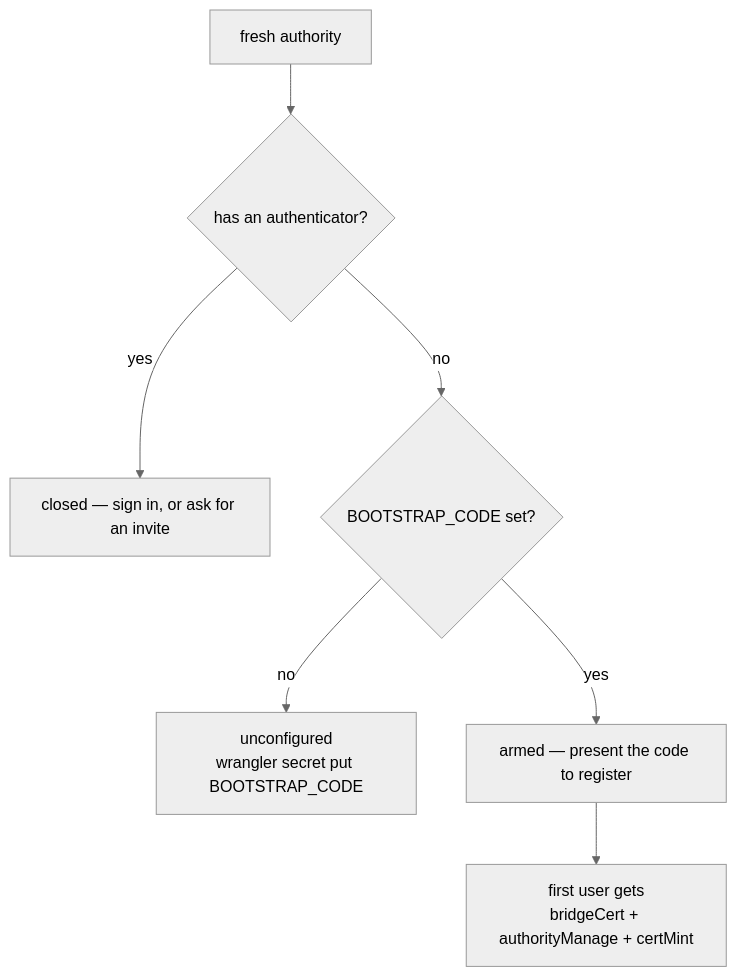
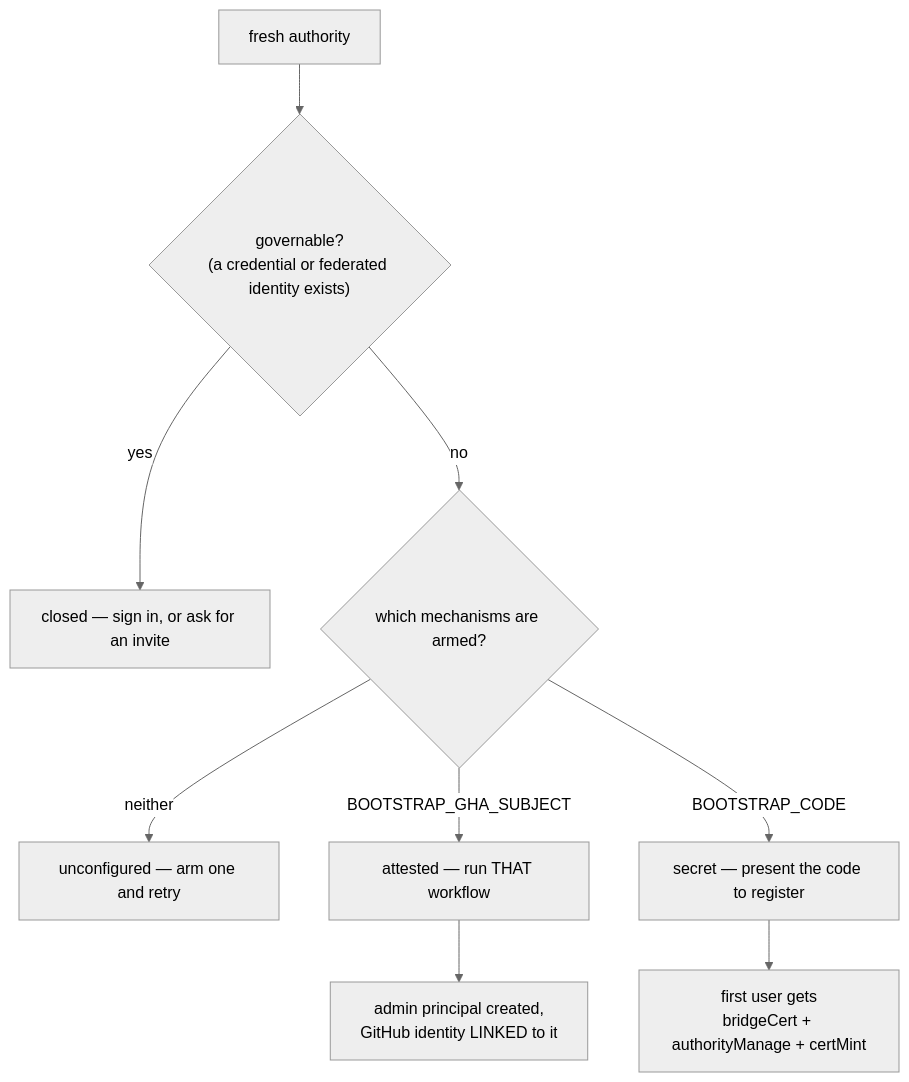
The fourth of 6 diagrams in docs/FLOWS.md (agentic-research/notme), drawn with Mermaid (neutral theme) before and after one commit. The commit also changed other lines of this file and 11 other files, not shown here.

````diff
--- a/docs/FLOWS.md
+++ b/docs/FLOWS.md
@@ -124,9 +124,11 @@
 ```mermaid
 graph TD
-    A["fresh authority"] --> B{"has an authenticator?"}
+    A["fresh authority"] --> B{"governable?<br/>(a credential or federated identity exists)"}
     B -->|yes| C["closed — sign in, or ask for an invite"]
-    B -->|no| D{"BOOTSTRAP_CODE set?"}
-    D -->|no| E["unconfigured<br/>wrangler secret put BOOTSTRAP_CODE"]
-    D -->|yes| F["armed — present the code to register"]
-    F --> G["first user gets<br/>bridgeCert + authorityManage + certMint"]
+    B -->|no| D{"which mechanisms are armed?"}
+    D -->|neither| E["unconfigured — arm one and retry"]
+    D -->|BOOTSTRAP_GHA_SUBJECT| F["attested — run THAT workflow"]
+    D -->|BOOTSTRAP_CODE| G["secret — present the code to register"]
+    F --> H["admin principal created,<br/>GitHub identity LINKED to it"]
+    G --> I["first user gets<br/>bridgeCert + authorityManage + certMint"]
 ```
````
